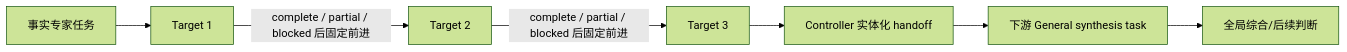
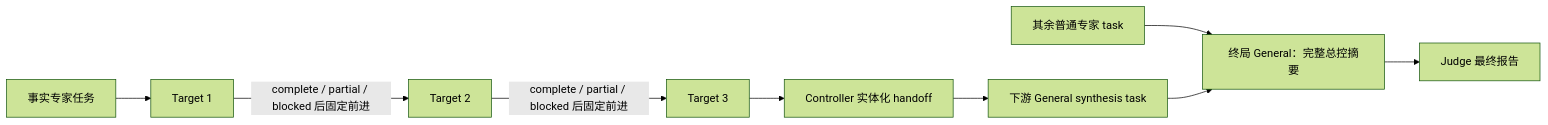
The second of 2 diagrams in README.md (J-Jzf/personal-decision-agent), drawn with Mermaid (forest theme) before and after one commit. The commit also changed other lines of this file and 12 other files, not shown here.

````diff
--- a/README.md
+++ b/README.md
@@ -228,9 +230,11 @@
 ```mermaid
 flowchart LR
     F[事实专家任务] --> T1[Target 1]
     T1 -->|complete / partial / blocked 后固定前进| T2[Target 2]
     T2 -->|complete / partial / blocked 后固定前进| T3[Target 3]
     T3 --> H[Controller 实体化 handoff]
     H --> G[下游 General synthesis task]
-    G --> R[全局综合/后续判断]
+    O[其余普通专家 task] --> TG[终局 General：完整总控摘要]
+    G --> TG
+    TG --> J[Judge 最终报告]
 ```
````
